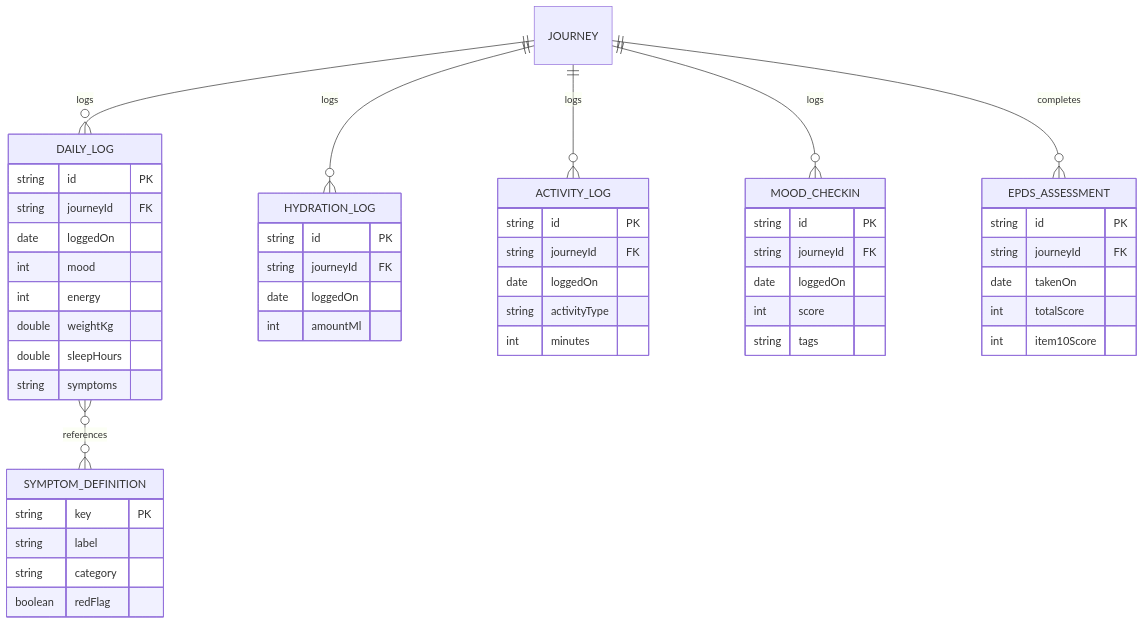
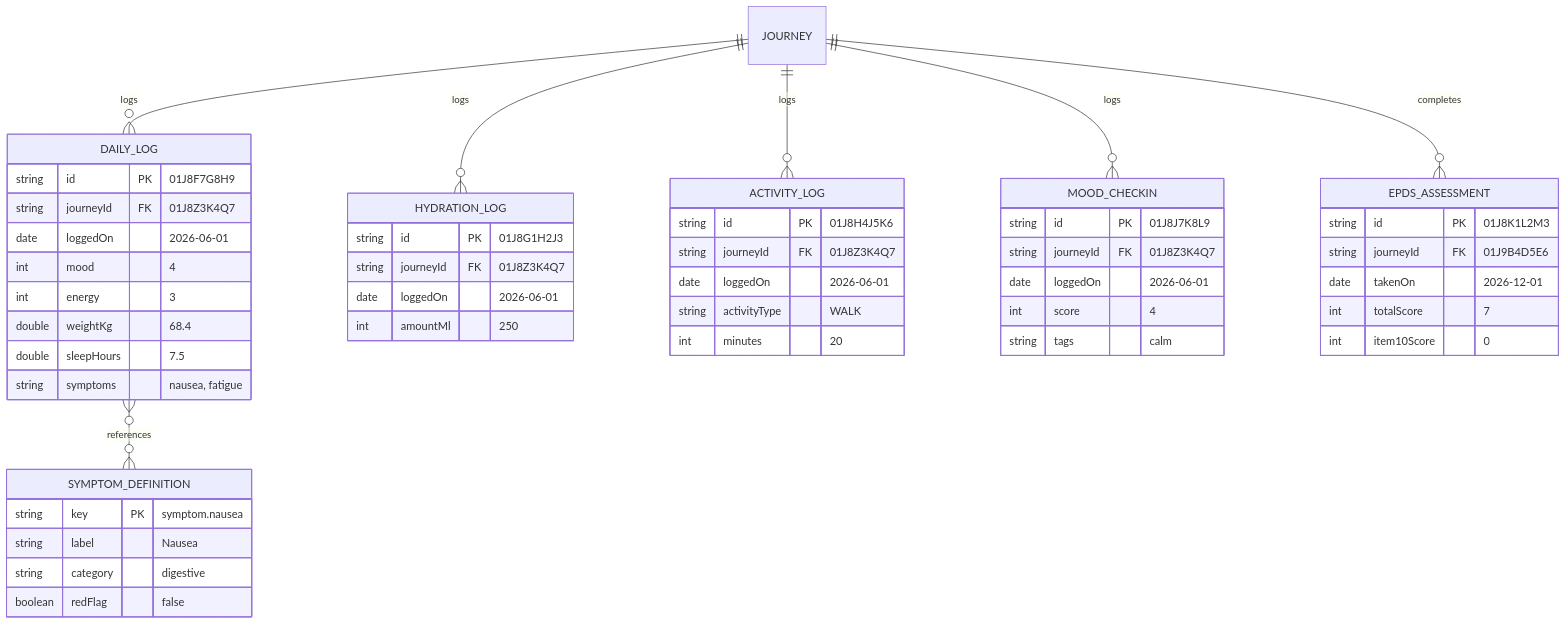
Before and after one commit to headache-sh2l/cocobean: the third of 10 diagrams in docs/domain-model-entity-relation.md, drawn with Mermaid. The commit also changed other lines of this file, not shown here.

````diff
--- a/docs/domain-model-entity-relation.md
+++ b/docs/domain-model-entity-relation.md
@@ -123,53 +124,53 @@
 ```mermaid
 erDiagram
     JOURNEY ||--o{ DAILY_LOG : logs
     JOURNEY ||--o{ HYDRATION_LOG : logs
     JOURNEY ||--o{ ACTIVITY_LOG : logs
     JOURNEY ||--o{ MOOD_CHECKIN : logs
     JOURNEY ||--o{ EPDS_ASSESSMENT : completes
     DAILY_LOG }o--o{ SYMPTOM_DEFINITION : references
 
     DAILY_LOG {
-        string id PK
-        string journeyId FK
-        date loggedOn
-        int mood
-        int energy
-        double weightKg
-        double sleepHours
-        string symptoms
+        string id PK "01J8F7G8H9"
+        string journeyId FK "01J8Z3K4Q7"
+        date loggedOn "2026-06-01"
+        int mood "4"
+        int energy "3"
+        double weightKg "68.4"
+        double sleepHours "7.5"
+        string symptoms "nausea, fatigue"
     }
     HYDRATION_LOG {
-        string id PK
-        string journeyId FK
-        date loggedOn
-        int amountMl
+        string id PK "01J8G1H2J3"
+        string journeyId FK "01J8Z3K4Q7"
+        date loggedOn "2026-06-01"
+        int amountMl "250"
     }
     ACTIVITY_LOG {
-        string id PK
-        string journeyId FK
-        date loggedOn
-        string activityType
-        int minutes
+        string id PK "01J8H4J5K6"
+        string journeyId FK "01J8Z3K4Q7"
+        date loggedOn "2026-06-01"
+        string activityType "WALK"
+        int minutes "20"
     }
     MOOD_CHECKIN {
-        string id PK
-        string journeyId FK
-        date loggedOn
-        int score
-        string tags
+        string id PK "01J8J7K8L9"
+        string journeyId FK "01J8Z3K4Q7"
+        date loggedOn "2026-06-01"
+        int score "4"
+        string tags "calm"
     }
     EPDS_ASSESSMENT {
-        string id PK
-        string journeyId FK
-        date takenOn
-        int totalScore
-        int item10Score
+        string id PK "01J8K1L2M3"
+        string journeyId FK "01J9B4D5E6"
+        date takenOn "2026-12-01"
+        int totalScore "7"
+        int item10Score "0"
     }
     SYMPTOM_DEFINITION {
-        string key PK
-        string label
-        string category
-        boolean redFlag
+        string key PK "symptom.nausea"
+        string label "Nausea"
+        string category "digestive"
+        boolean redFlag "false"
     }
 ```
````
